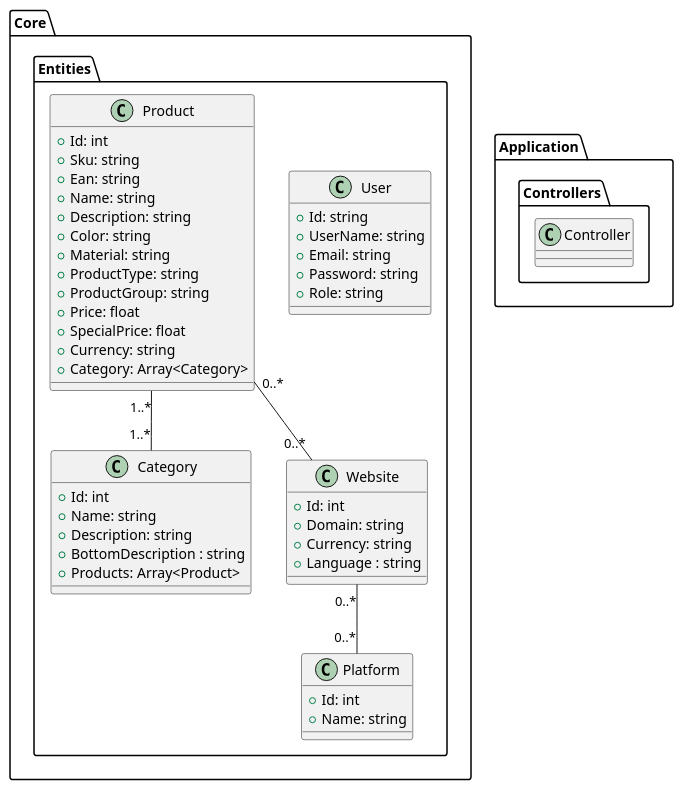
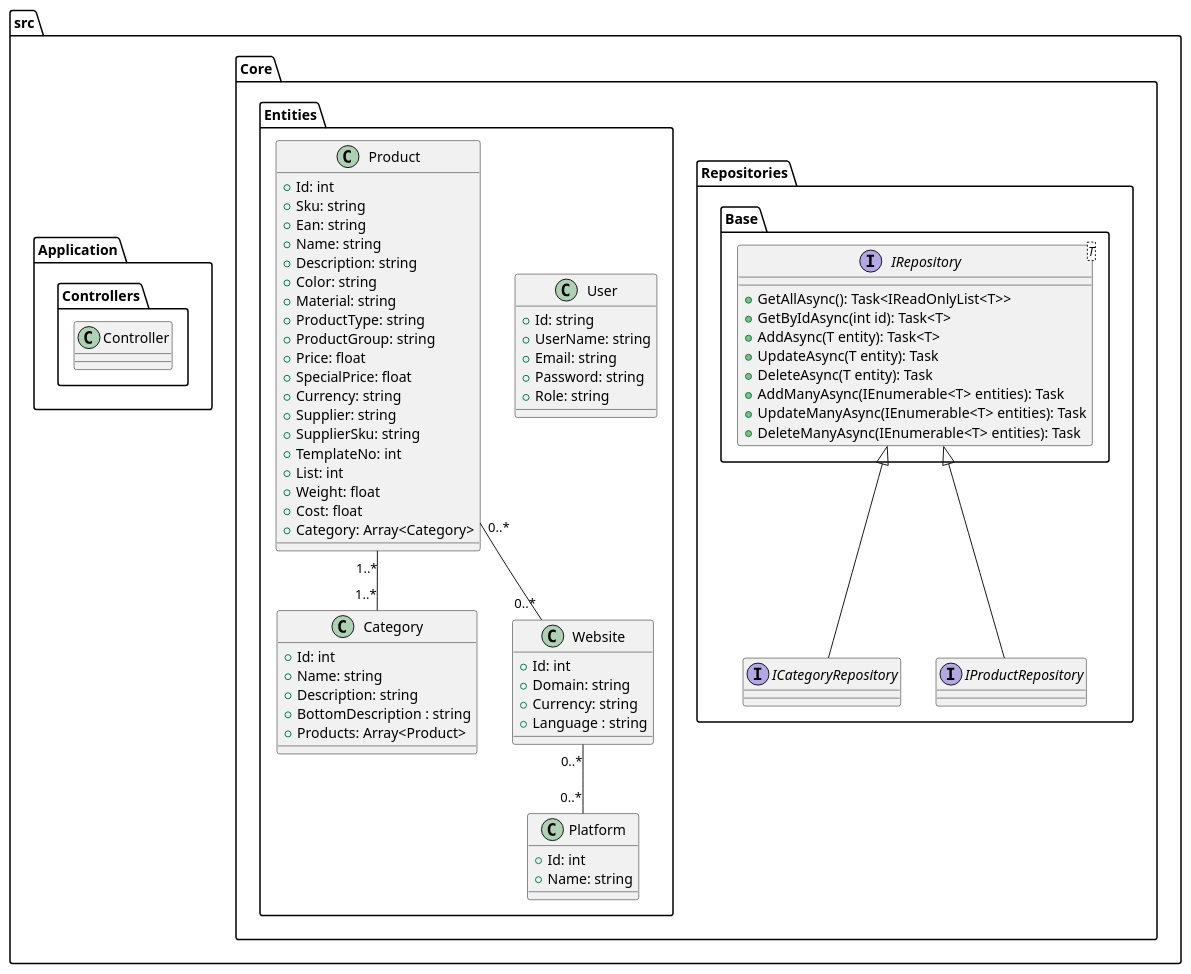
The diagram in Documents/Models/DesignClassDiagram.plantuml (DMOoF23-S4-Team2/PMS-WePack), drawn with PlantUML before and after one commit. The commit also changed 1 other file, not shown here.

```diff
--- a/Documents/Models/DesignClassDiagram.plantuml
+++ b/Documents/Models/DesignClassDiagram.plantuml
@@ -1,70 +1,97 @@
 @startuml Design Class Diagram (DCD)
 
-package Core <<Folder>> {
+package src <<Folder>> {
+    package Core <<Folder>> {
+        package Repositories <<Folder>> {
+            package Base <<Folder>> {
+                interface IRepository<T> {
+                    + GetAllAsync(): Task<IReadOnlyList<T>>
+                    + GetByIdAsync(int id): Task<T>
+                    + AddAsync(T entity): Task<T>
+                    + UpdateAsync(T entity): Task
+                    + DeleteAsync(T entity): Task
+                    + AddManyAsync(IEnumerable<T> entities): Task
+                    + UpdateManyAsync(IEnumerable<T> entities): Task
+                    + DeleteManyAsync(IEnumerable<T> entities): Task
+                }
+            }
+            interface ICategoryRepository {}
+            interface IProductRepository {}
 
-    package Entities <<Folder>> {
-        class User {
-            + Id: string
-            + UserName: string
-            + Email: string
-            + Password: string
-            + Role: string        
+            IRepository <|-- ICategoryRepository
+            IRepository <|-- IProductRepository
         }
+        package Entities <<Folder>> {
+            
+            class User {
+                + Id: string
+                + UserName: string
+                + Email: string
+                + Password: string
+                + Role: string        
+            }
 
-        ' REVIEW - Har tilføjet Currency og ændret navigation property til Arry<Category>
-        class Product {
-            + Id: int
-            + Sku: string
-            + Ean: string
-            + Name: string
-            + Description: string
-            + Color: string
-            + Material: string
-            + ProductType: string
-            + ProductGroup: string
-            + Price: float
-            + SpecialPrice: float     
-            + Currency: string
-            + Category: Array<Category>
+            ' REVIEW - Har tilføjet Currency og ændret navigation property til Arry<Category>
+            class Product {
+                + Id: int
+                + Sku: string
+                + Ean: string
+                + Name: string
+                + Description: string
+                + Color: string
+                + Material: string
+                + ProductType: string
+                + ProductGroup: string
+                + Price: float
+                + SpecialPrice: float     
+                + Currency: string
+                + Supplier: string
+                + SupplierSku: string
+                + TemplateNo: int
+                + List: int
+                + Weight: float
+                + Cost: float
+                + Category: Array<Category>
+            }
+
+            class Category {
+                + Id: int
+                + Name: string
+                + Description: string
+                + BottomDescription : string
+                + Products: Array<Product>
+            }
+
+            class Website {
+                + Id: int
+                + Domain: string
+                + Currency: string
+                + Language : string
+            }
+
+            class Platform {
+                + Id: int
+                + Name: string
+            }
+
+            ' class Localization {
+            '     + Id: int
+            '     + Language: string
+            ' }
         }
-
-        class Category {
-            + Id: int
-            + Name: string
-            + Description: string
-            + BottomDescription : string
-            + Products: Array<Product>
+    }
+    package Application <<Folder>> {
+        package Controllers <<Folder>> {
+            class Controller
         }
-
-        class Website {
-            + Id: int
-            + Domain: string
-            + Currency: string
-            + Language : string
-        }
-
-        class Platform {
-            + Id: int
-            + Name: string
-        }
-
-        ' class Localization {
-        '     + Id: int
-        '     + Language: string
-        ' }
-    }
-}
-package Application <<Folder>> {
-    package Controllers <<Folder>> {
-        class Controller
     }
 }
 
 Product "1..*" -- "1..*" Category
 Product "0..*" -- "0..*" Website
 ' Website "0..1" -- "0..1" Localization
 Website "0..*" -- "0..*" Platform
 
 
 
 @enduml
```
